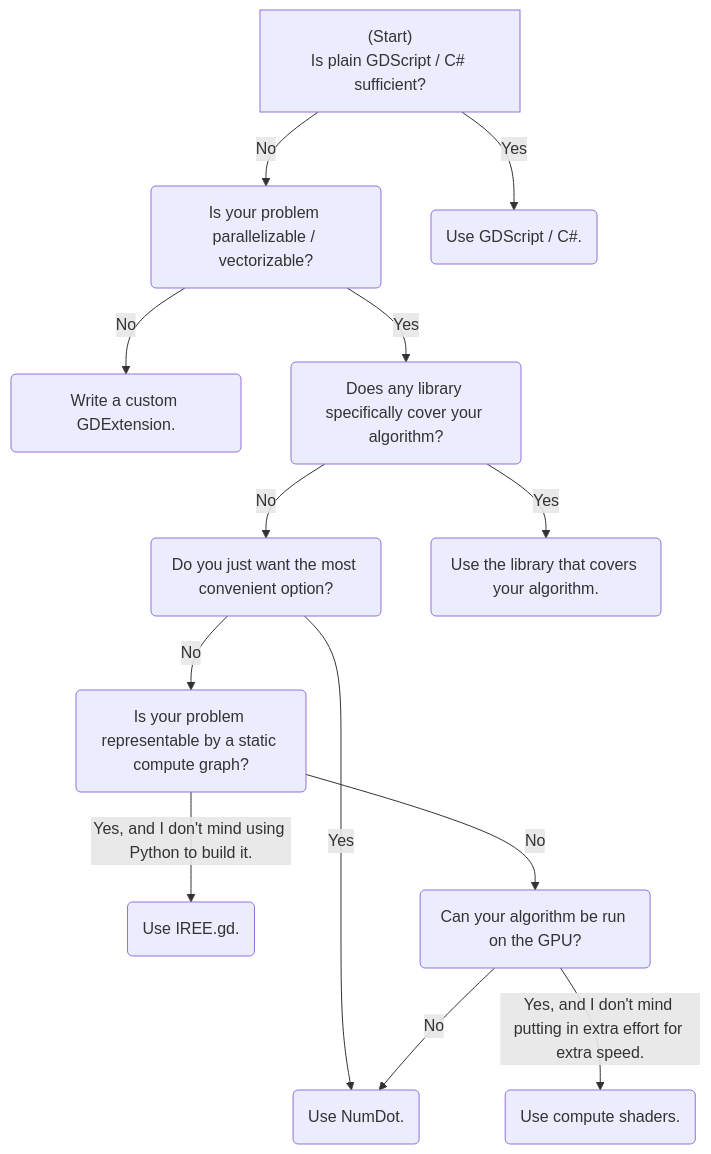
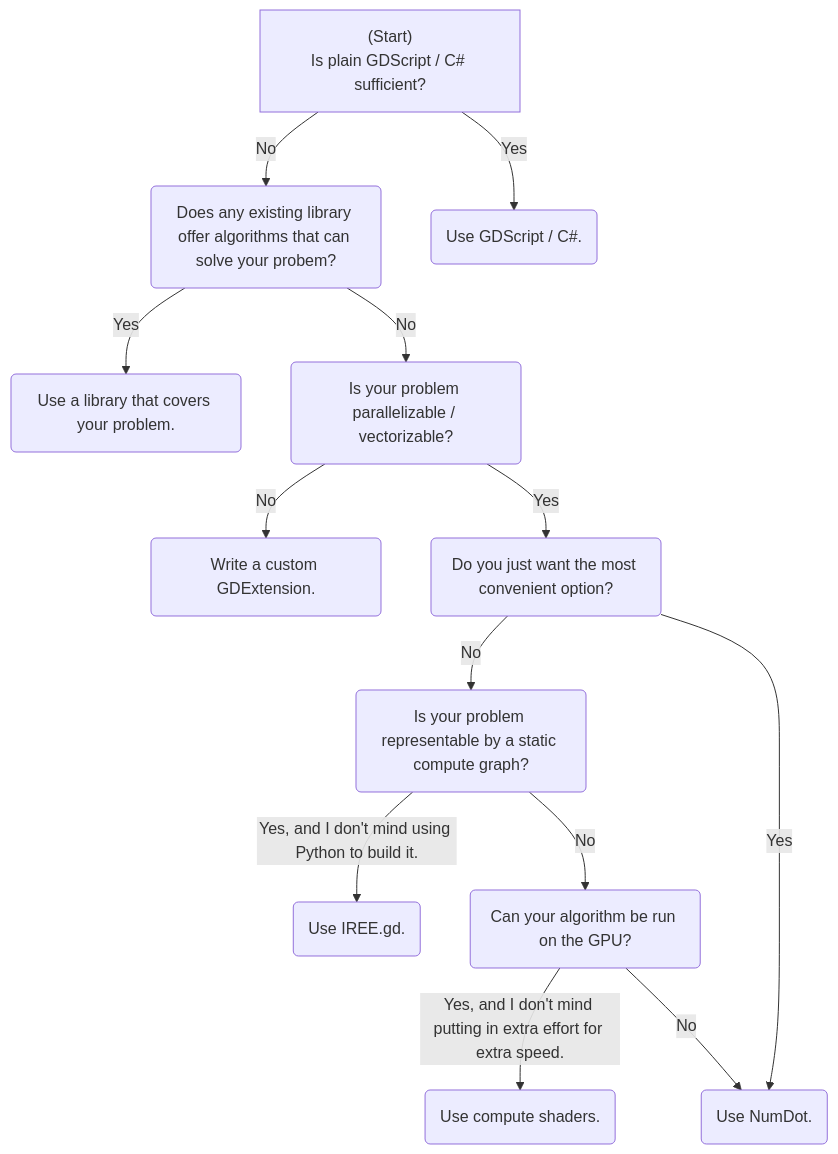
Before and after one commit to Ivorforce/Awesome-Godot-Scientific: the diagram in README.md, drawn with Mermaid.

````diff
--- a/README.md
+++ b/README.md
@@ -22,15 +22,15 @@
 ```mermaid
 flowchart TD
-    Start["(Start)<br>Is plain GDScript / C# sufficient?"] -->|No| Vectorizable(Is your problem parallelizable / vectorizable?)
+    Start["(Start)<br>Is plain GDScript / C# sufficient?"] -->|No| ExistingLibrary(Does any existing library offer algorithms that can solve your probem?)
     Start -->|Yes| GDScript(Use GDScript / C#.)
+    ExistingLibrary -->|Yes| UseExistingLibrary(Use a library that covers your problem.)
+    ExistingLibrary -->|No| Vectorizable(Is your problem parallelizable / vectorizable?)
     Vectorizable -->|No| GDExtension(Write a custom GDExtension.)
-    Vectorizable -->|Yes| UseCase(Does any library specifically cover your algorithm?)
-    UseCase -->|No| Convenient(Do you just want the most convenient option?)
-    UseCase -->|Yes| UseCase-Done(Use the library that covers your algorithm.)
+    Vectorizable -->|Yes| Convenient(Do you just want the most convenient option?)
+    Convenient -->|No| Static(Is your problem representable by a static compute graph?)
     Convenient -->|Yes| NumDot(Use NumDot.)
-    Convenient -->|No| Static(Is your problem representable by a static compute graph?)
     Static -->|Yes, and I don't mind using Python to build it.| IREE(Use IREE.gd.)
     Static -->|No| GPU("Can your algorithm be run on the GPU?")
     GPU -->|Yes, and I don't mind putting in extra effort for extra speed.| ComputeShader(Use compute shaders.)
     GPU -->|No| NumDot(Use NumDot.)
 ```
````
